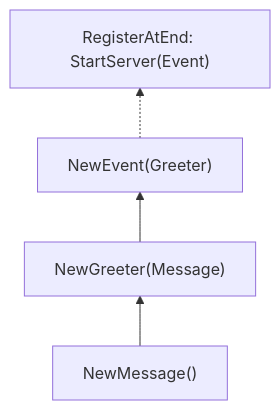
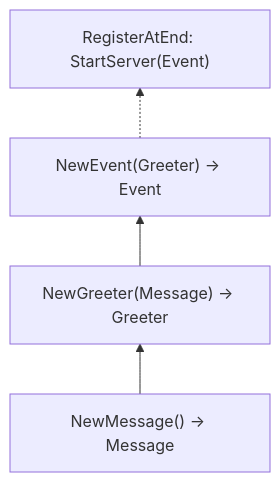
Before and after one commit to Ignaciojeria/ioc: the second of 2 diagrams in readme.md, drawn with Mermaid. The commit also changed other lines of this file and 3 other files, not shown here.

````diff
--- a/readme.md
+++ b/readme.md
@@ -24,6 +24,6 @@
 ```mermaid
 graph BT
-    NewMessage["NewMessage()"] --> NewGreeter["NewGreeter(Message)"]
-    NewGreeter --> NewEvent["NewEvent(Greeter)"]
+    NewMessage["NewMessage() → Message"] --> NewGreeter["NewGreeter(Message) → Greeter"]
+    NewGreeter --> NewEvent["NewEvent(Greeter) → Event"]
     NewEvent -.-> AtEnd["RegisterAtEnd: StartServer(Event)"]
 ```
````
